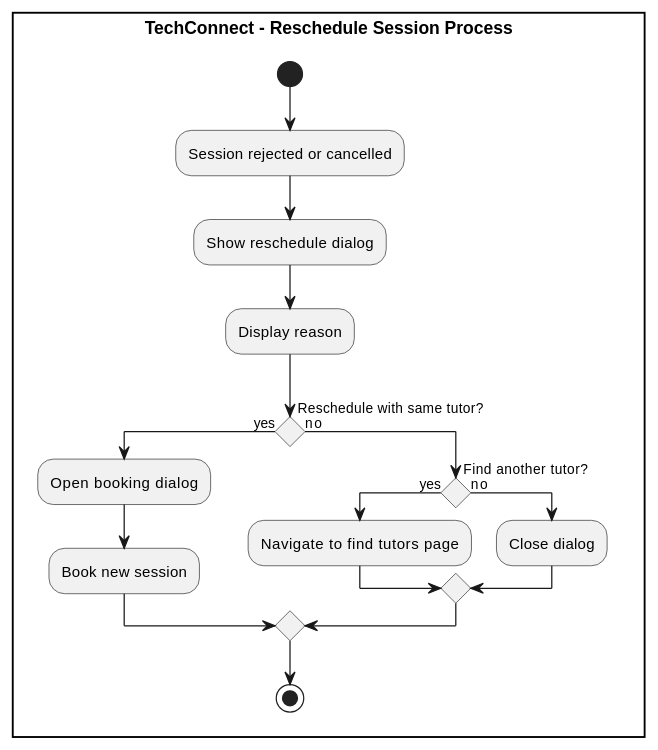
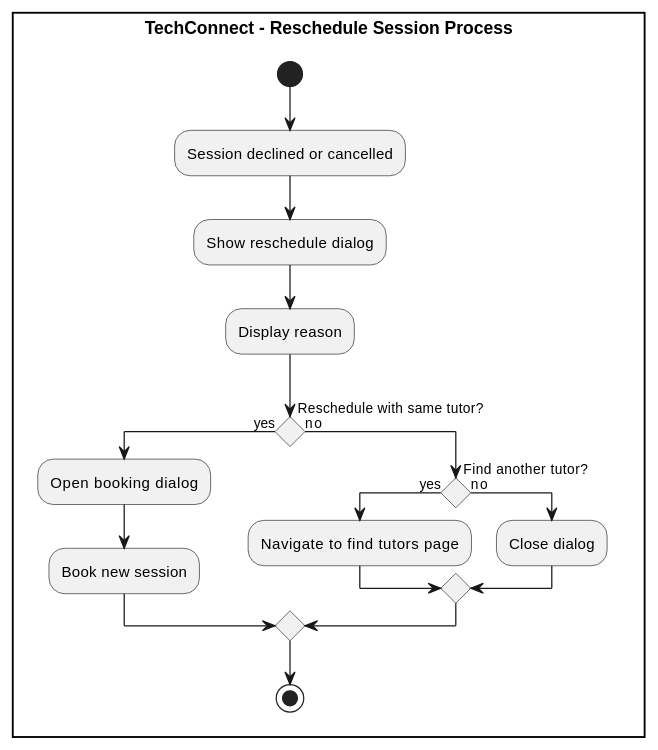
One commit to SCLK-0/techconnect changed the fifth of 20 diagrams in diagrams/02-session-management-diagrams.md. Above: the diagram before and after it, drawn with PlantUML. The commit also changed other lines of this file and 33 other files, not shown here.

First line of the commit message:
Rename 'rejected' to 'declined' throughout codebase for better UX

````diff
--- a/diagrams/02-session-management-diagrams.md
+++ b/diagrams/02-session-management-diagrams.md
@@ -141,25 +141,25 @@
 ```plantuml
 @startuml
 skinparam conditionStyle diamond
 
 rectangle "**TechConnect - Reschedule Session Process**" {
 start
-:Session rejected or cancelled;
+:Session declined or cancelled;
 :Show reschedule dialog;
 :Display reason;
 
 if (Reschedule with same tutor?) then (yes)
   :Open booking dialog;
   :Book new session;
 else (no)
   if (Find another tutor?) then (yes)
     :Navigate to find tutors page;
   else (no)
     :Close dialog;
   endif
 endif
 
 stop
 
 @enduml
 ```
````
